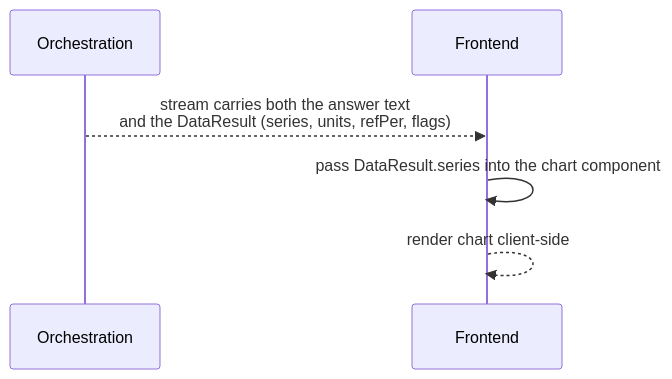
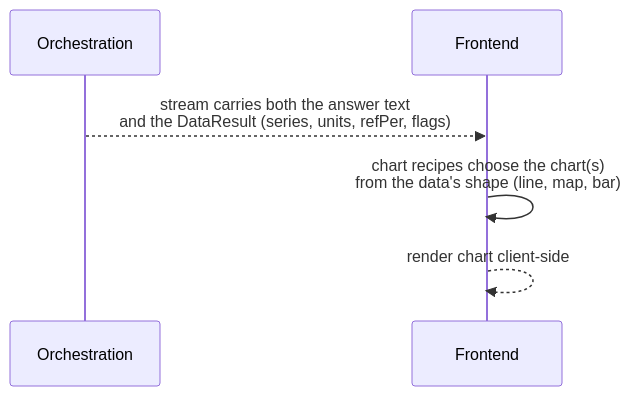
The third of 4 diagrams in docs/architecture-overview.md (muadht/open-data-assistant), drawn with Mermaid before and after one commit. The commit also changed other lines of this file and 1 other file, not shown here.

First line of the commit message:
Document how answers get their charts (#84)

````diff
--- a/docs/architecture-overview.md
+++ b/docs/architecture-overview.md
@@ -112,9 +112,9 @@
 ```mermaid
 sequenceDiagram
     participant ORCH as Orchestration
     participant FE as Frontend
 
     ORCH-->>FE: stream carries both the answer text<br/>and the DataResult (series, units, refPer, flags)
-    FE->>FE: pass DataResult.series into the chart component
+    FE->>FE: chart recipes choose the chart(s)<br/>from the data's shape (line, map, bar)
     FE-->>FE: render chart client-side
 ```
````
